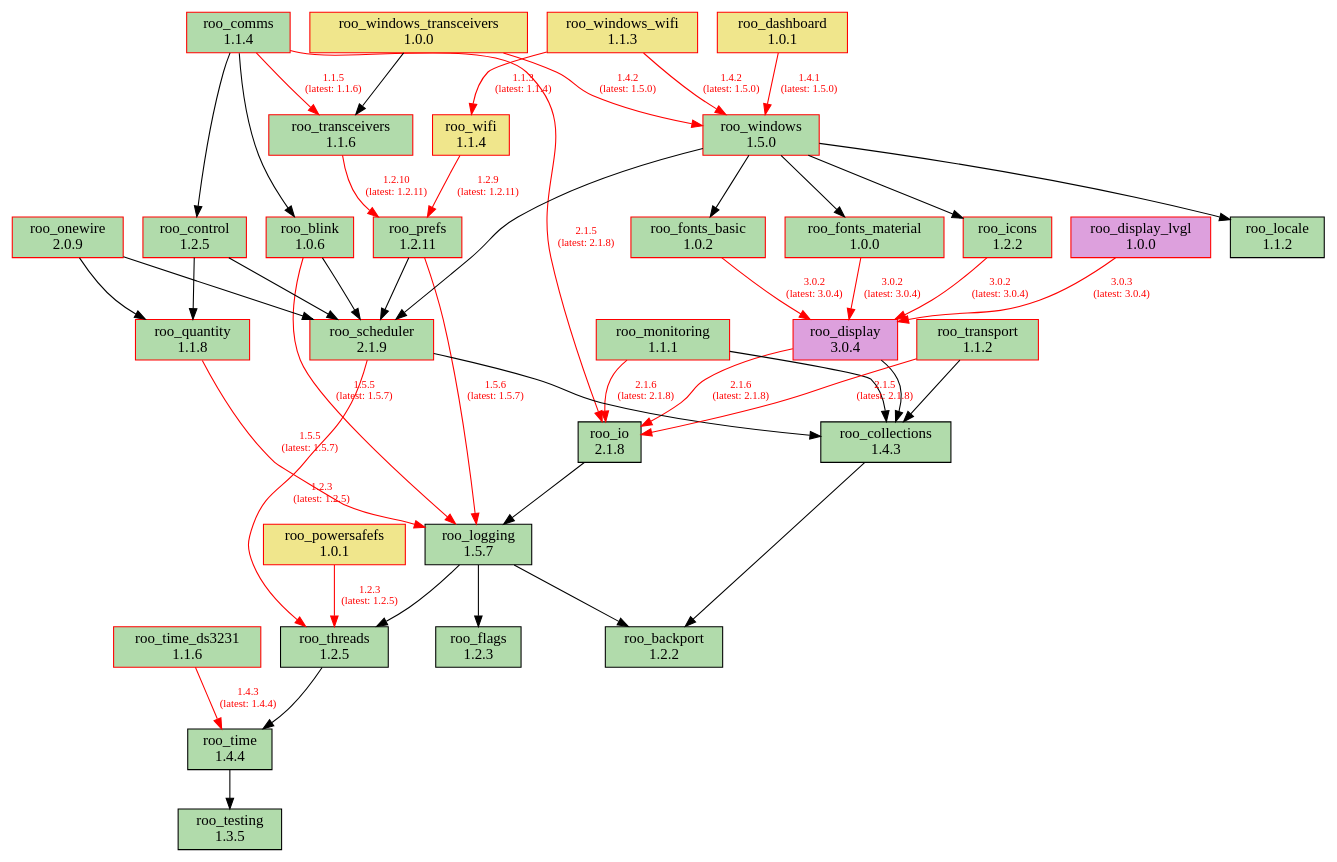
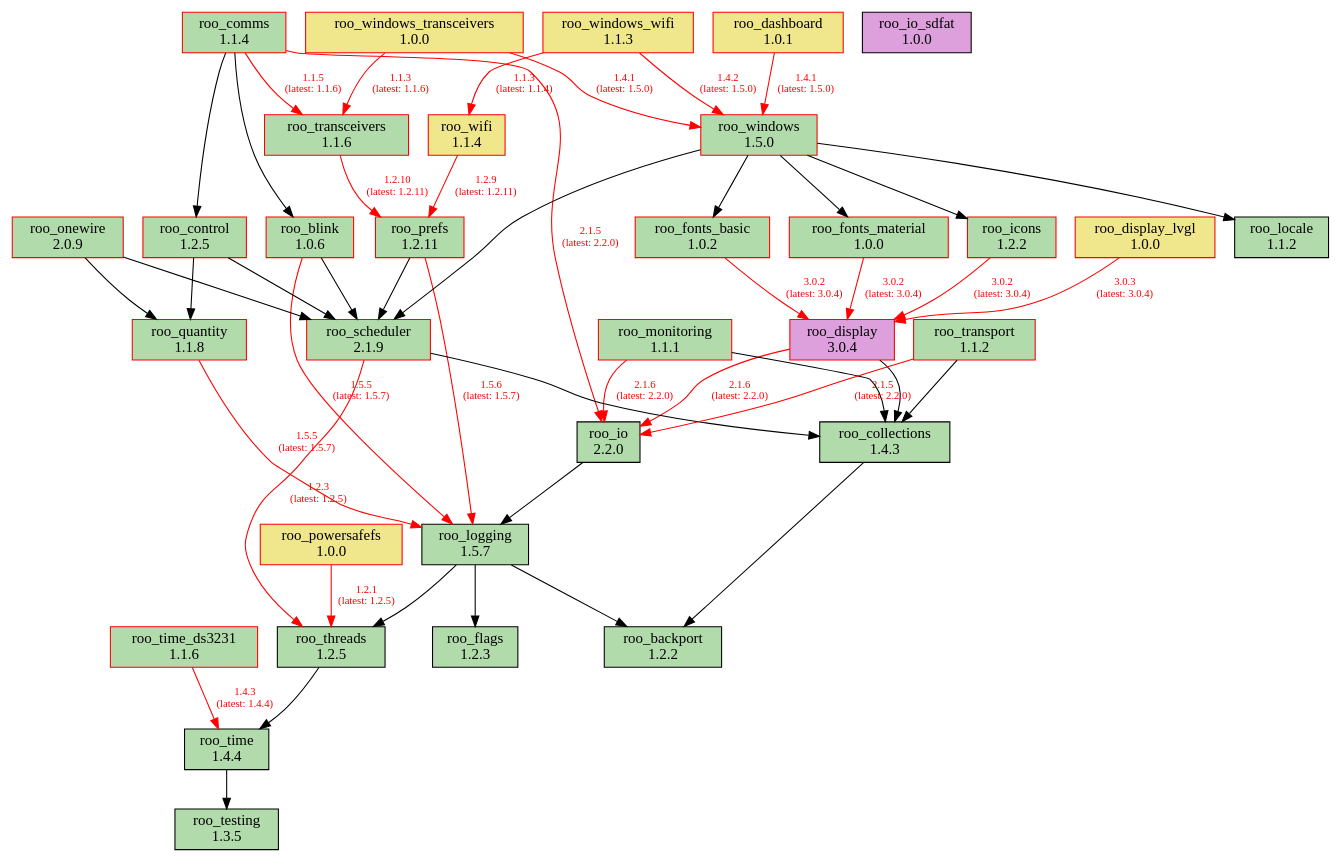
One commit to dejwk/roo-registry changed the diagram in doc/dependencies.dot. Above: the diagram before and after it, drawn with Graphviz. The commit also changed 3 other files, not shown here.

```diff
--- a/doc/dependencies.dot
+++ b/doc/dependencies.dot
@@ -1,86 +1,87 @@
 digraph dependencies {
     rankdir=TB;
     node [shape=box, style=filled];
     edge [fontsize=10];
 
     // Modules
     "roo_backport" [label="roo_backport\n1.2.2", fillcolor="#b1dbab", color="black"];
     "roo_blink" [label="roo_blink\n1.0.6", fillcolor="#b1dbab", color="red"];
     "roo_collections" [label="roo_collections\n1.4.3", fillcolor="#b1dbab", color="black"];
     "roo_comms" [label="roo_comms\n1.1.4", fillcolor="#b1dbab", color="red"];
     "roo_control" [label="roo_control\n1.2.5", fillcolor="#b1dbab", color="red"];
     "roo_dashboard" [label="roo_dashboard\n1.0.1", fillcolor="khaki", color="red"];
     "roo_display" [label="roo_display\n3.0.4", fillcolor="plum", color="red"];
-    "roo_display_lvgl" [label="roo_display_lvgl\n1.0.0", fillcolor="plum", color="red"];
+    "roo_display_lvgl" [label="roo_display_lvgl\n1.0.0", fillcolor="khaki", color="red"];
     "roo_flags" [label="roo_flags\n1.2.3", fillcolor="#b1dbab", color="black"];
     "roo_fonts_basic" [label="roo_fonts_basic\n1.0.2", fillcolor="#b1dbab", color="red"];
     "roo_fonts_material" [label="roo_fonts_material\n1.0.0", fillcolor="#b1dbab", color="red"];
     "roo_icons" [label="roo_icons\n1.2.2", fillcolor="#b1dbab", color="red"];
-    "roo_io" [label="roo_io\n2.1.8", fillcolor="#b1dbab", color="black"];
+    "roo_io" [label="roo_io\n2.2.0", fillcolor="#b1dbab", color="black"];
+    "roo_io_sdfat" [label="roo_io_sdfat\n1.0.0", fillcolor="plum", color="black"];
     "roo_locale" [label="roo_locale\n1.1.2", fillcolor="#b1dbab", color="black"];
     "roo_logging" [label="roo_logging\n1.5.7", fillcolor="#b1dbab", color="black"];
     "roo_monitoring" [label="roo_monitoring\n1.1.1", fillcolor="#b1dbab", color="red"];
     "roo_onewire" [label="roo_onewire\n2.0.9", fillcolor="#b1dbab", color="red"];
-    "roo_powersafefs" [label="roo_powersafefs\n1.0.1", fillcolor="khaki", color="red"];
+    "roo_powersafefs" [label="roo_powersafefs\n1.0.0", fillcolor="khaki", color="red"];
     "roo_prefs" [label="roo_prefs\n1.2.11", fillcolor="#b1dbab", color="red"];
     "roo_quantity" [label="roo_quantity\n1.1.8", fillcolor="#b1dbab", color="red"];
     "roo_scheduler" [label="roo_scheduler\n2.1.9", fillcolor="#b1dbab", color="red"];
     "roo_testing" [label="roo_testing\n1.3.5", fillcolor="#b1dbab", color="black"];
     "roo_threads" [label="roo_threads\n1.2.5", fillcolor="#b1dbab", color="black"];
     "roo_time" [label="roo_time\n1.4.4", fillcolor="#b1dbab", color="black"];
     "roo_time_ds3231" [label="roo_time_ds3231\n1.1.6", fillcolor="#b1dbab", color="red"];
     "roo_transceivers" [label="roo_transceivers\n1.1.6", fillcolor="#b1dbab", color="red"];
     "roo_transport" [label="roo_transport\n1.1.2", fillcolor="#b1dbab", color="red"];
     "roo_wifi" [label="roo_wifi\n1.1.4", fillcolor="khaki", color="red"];
     "roo_windows" [label="roo_windows\n1.5.0", fillcolor="#b1dbab", color="red"];
     "roo_windows_transceivers" [label="roo_windows_transceivers\n1.0.0", fillcolor="khaki", color="red"];
     "roo_windows_wifi" [label="roo_windows_wifi\n1.1.3", fillcolor="khaki", color="red"];
 
     // Dependencies
     "roo_blink" -> "roo_logging" [color=red, fontcolor=red, label="1.5.5\n(latest: 1.5.7)"];
     "roo_blink" -> "roo_scheduler";
     "roo_collections" -> "roo_backport";
     "roo_comms" -> "roo_blink";
     "roo_comms" -> "roo_control";
-    "roo_comms" -> "roo_io" [color=red, fontcolor=red, label="2.1.5\n(latest: 2.1.8)"];
+    "roo_comms" -> "roo_io" [color=red, fontcolor=red, label="2.1.5\n(latest: 2.2.0)"];
     "roo_comms" -> "roo_transceivers" [color=red, fontcolor=red, label="1.1.5\n(latest: 1.1.6)"];
     "roo_control" -> "roo_quantity";
     "roo_control" -> "roo_scheduler";
     "roo_dashboard" -> "roo_windows" [color=red, fontcolor=red, label="1.4.1\n(latest: 1.5.0)"];
     "roo_display" -> "roo_collections";
-    "roo_display" -> "roo_io" [color=red, fontcolor=red, label="2.1.6\n(latest: 2.1.8)"];
+    "roo_display" -> "roo_io" [color=red, fontcolor=red, label="2.1.6\n(latest: 2.2.0)"];
     "roo_display_lvgl" -> "roo_display" [color=red, fontcolor=red, label="3.0.3\n(latest: 3.0.4)"];
     "roo_fonts_basic" -> "roo_display" [color=red, fontcolor=red, label="3.0.2\n(latest: 3.0.4)"];
     "roo_fonts_material" -> "roo_display" [color=red, fontcolor=red, label="3.0.2\n(latest: 3.0.4)"];
     "roo_icons" -> "roo_display" [color=red, fontcolor=red, label="3.0.2\n(latest: 3.0.4)"];
     "roo_io" -> "roo_logging";
     "roo_logging" -> "roo_backport";
     "roo_logging" -> "roo_flags";
     "roo_logging" -> "roo_threads";
     "roo_monitoring" -> "roo_collections";
-    "roo_monitoring" -> "roo_io" [color=red, fontcolor=red, label="2.1.6\n(latest: 2.1.8)"];
+    "roo_monitoring" -> "roo_io" [color=red, fontcolor=red, label="2.1.6\n(latest: 2.2.0)"];
     "roo_onewire" -> "roo_scheduler";
     "roo_onewire" -> "roo_quantity";
-    "roo_powersafefs" -> "roo_threads" [color=red, fontcolor=red, label="1.2.3\n(latest: 1.2.5)"];
+    "roo_powersafefs" -> "roo_threads" [color=red, fontcolor=red, label="1.2.1\n(latest: 1.2.5)"];
     "roo_prefs" -> "roo_logging" [color=red, fontcolor=red, label="1.5.6\n(latest: 1.5.7)"];
     "roo_prefs" -> "roo_scheduler";
     "roo_quantity" -> "roo_logging" [color=red, fontcolor=red, label="1.5.5\n(latest: 1.5.7)"];
     "roo_scheduler" -> "roo_collections";
     "roo_scheduler" -> "roo_threads" [color=red, fontcolor=red, label="1.2.3\n(latest: 1.2.5)"];
     "roo_threads" -> "roo_time";
     "roo_time" -> "roo_testing";
     "roo_time_ds3231" -> "roo_time" [color=red, fontcolor=red, label="1.4.3\n(latest: 1.4.4)"];
     "roo_transceivers" -> "roo_prefs" [color=red, fontcolor=red, label="1.2.10\n(latest: 1.2.11)"];
     "roo_transport" -> "roo_collections";
-    "roo_transport" -> "roo_io" [color=red, fontcolor=red, label="2.1.5\n(latest: 2.1.8)"];
+    "roo_transport" -> "roo_io" [color=red, fontcolor=red, label="2.1.5\n(latest: 2.2.0)"];
     "roo_wifi" -> "roo_prefs" [color=red, fontcolor=red, label="1.2.9\n(latest: 1.2.11)"];
     "roo_windows" -> "roo_fonts_basic";
     "roo_windows" -> "roo_fonts_material";
     "roo_windows" -> "roo_locale";
     "roo_windows" -> "roo_icons";
     "roo_windows" -> "roo_scheduler";
-    "roo_windows_transceivers" -> "roo_transceivers";
-    "roo_windows_transceivers" -> "roo_windows" [color=red, fontcolor=red, label="1.4.2\n(latest: 1.5.0)"];
+    "roo_windows_transceivers" -> "roo_transceivers" [color=red, fontcolor=red, label="1.1.3\n(latest: 1.1.6)"];
+    "roo_windows_transceivers" -> "roo_windows" [color=red, fontcolor=red, label="1.4.1\n(latest: 1.5.0)"];
     "roo_windows_wifi" -> "roo_wifi" [color=red, fontcolor=red, label="1.1.3\n(latest: 1.1.4)"];
     "roo_windows_wifi" -> "roo_windows" [color=red, fontcolor=red, label="1.4.2\n(latest: 1.5.0)"];
 }
```
